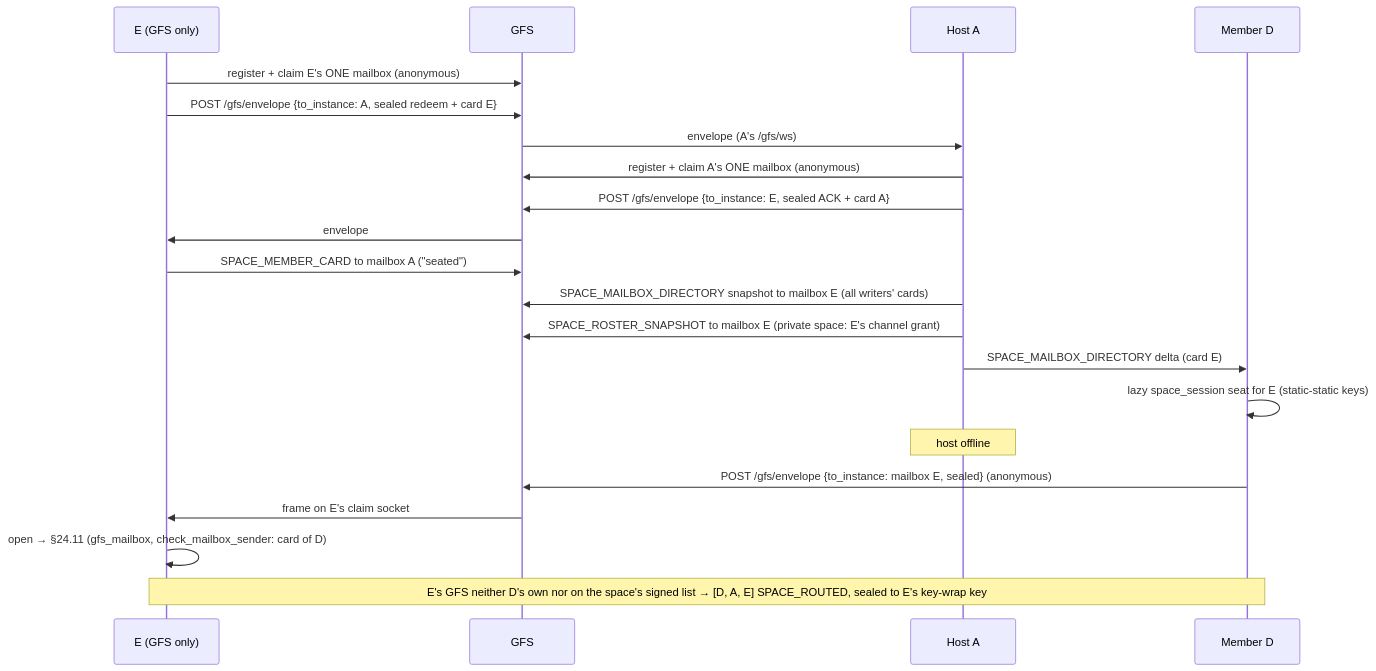
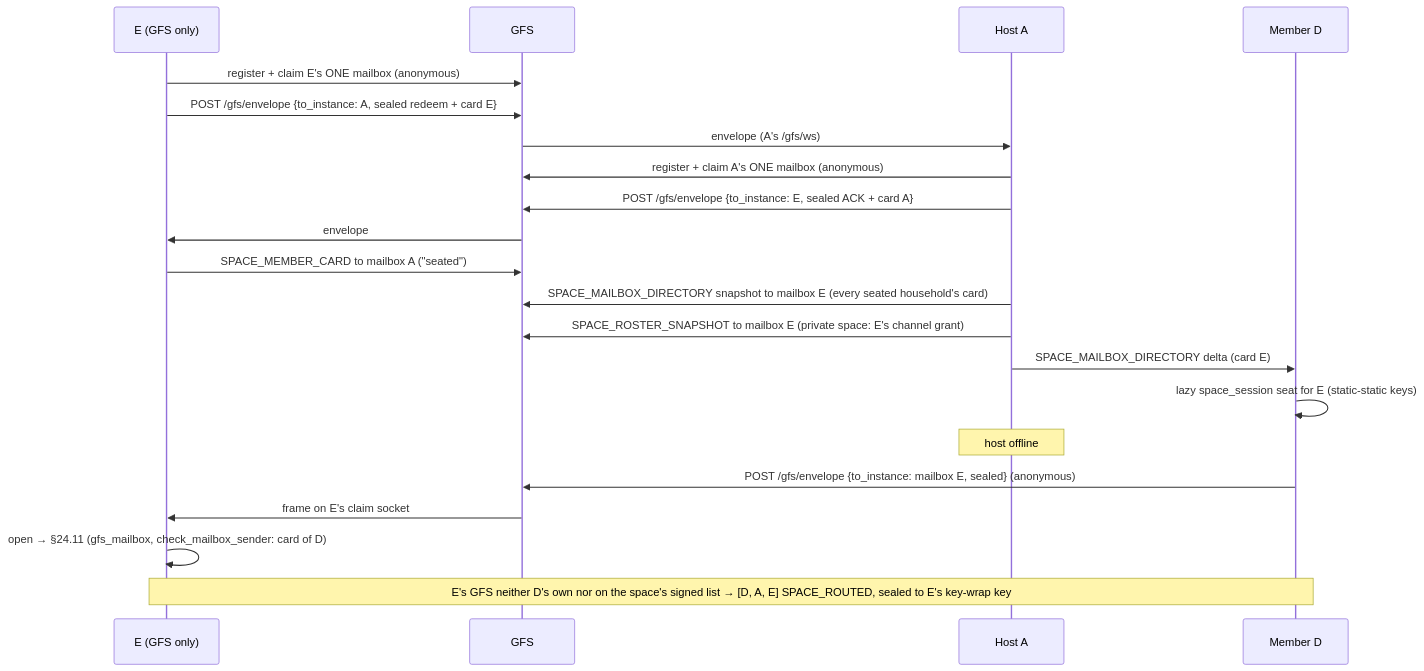
One commit to social-home-io/socialhome changed the sixth of 8 diagrams in docs/protocol/gfs-relay.md. Above: the diagram before and after it, drawn with Mermaid. The commit also changed other lines of this file and 447 other files, not shown here.

First line of the commit message:
Follow any public or global space with one read-only seat, on every path — and step up to member when you want (#1434)

````diff
--- a/docs/protocol/gfs-relay.md
+++ b/docs/protocol/gfs-relay.md
@@ -1565,23 +1578,23 @@
 ```mermaid
 sequenceDiagram
     participant E as E (GFS only)
     participant G as GFS
     participant A as Host A
     participant D as Member D
     E->>G: register + claim E's ONE mailbox (anonymous)
     E->>G: POST /gfs/envelope {to_instance: A, sealed redeem + card E}
     G->>A: envelope (A's /gfs/ws)
     A->>G: register + claim A's ONE mailbox (anonymous)
     A->>G: POST /gfs/envelope {to_instance: E, sealed ACK + card A}
     G->>E: envelope
     E->>G: SPACE_MEMBER_CARD to mailbox A ("seated")
-    A->>G: SPACE_MAILBOX_DIRECTORY snapshot to mailbox E (all writers' cards)
+    A->>G: SPACE_MAILBOX_DIRECTORY snapshot to mailbox E (every seated household's card)
     A->>G: SPACE_ROSTER_SNAPSHOT to mailbox E (private space: E's channel grant)
     A->>D: SPACE_MAILBOX_DIRECTORY delta (card E)
     D->>D: lazy space_session seat for E (static-static keys)
     Note over A: host offline
     D->>G: POST /gfs/envelope {to_instance: mailbox E, sealed} (anonymous)
     G->>E: frame on E's claim socket
     E->>E: open → §24.11 (gfs_mailbox, check_mailbox_sender: card of D)
     Note over D,E: E's GFS neither D's own nor on the space's signed list → [D, A, E] SPACE_ROUTED, sealed to E's key-wrap key
 ```
````
